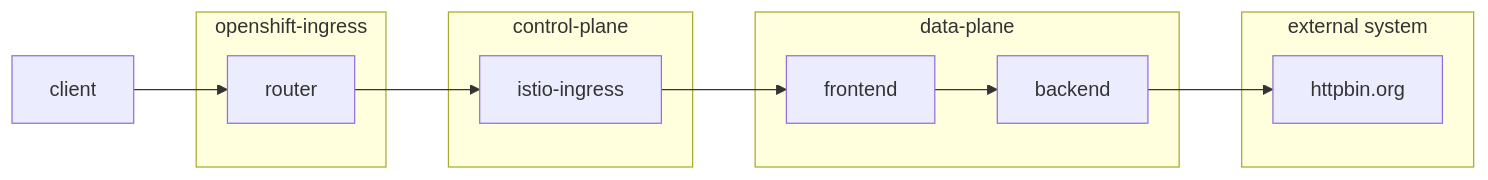
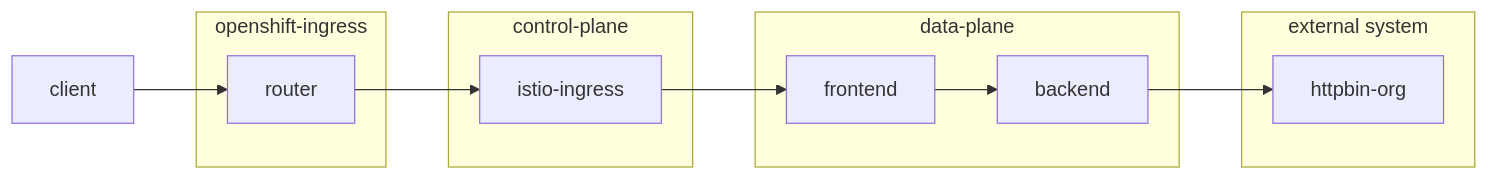
One commit to rhthsa/openshift-demo changed the second of 2 diagrams in openshift-service-mesh.md. Above: the diagram before and after it, drawn with Mermaid. The commit also changed other lines of this file, not shown here.

````diff
--- a/openshift-service-mesh.md
+++ b/openshift-service-mesh.md
@@ -32,19 +32,19 @@
 ```mermaid
 graph LR;
     client-->router;
     subgraph openshift-ingress;
         router;
     end;
     router-->istio-ingress;
     subgraph control-plane;
         istio-ingress;
     end;
     subgraph data-plane;
         istio-ingress-->frontend;
         frontend-->backend;
     end;
-    backend-->httpbin.org;
+    backend-->httpbin-org;
     subgraph "external system";
-        httpbin.org;
+        httpbin-org;
     end;
 ```
````
